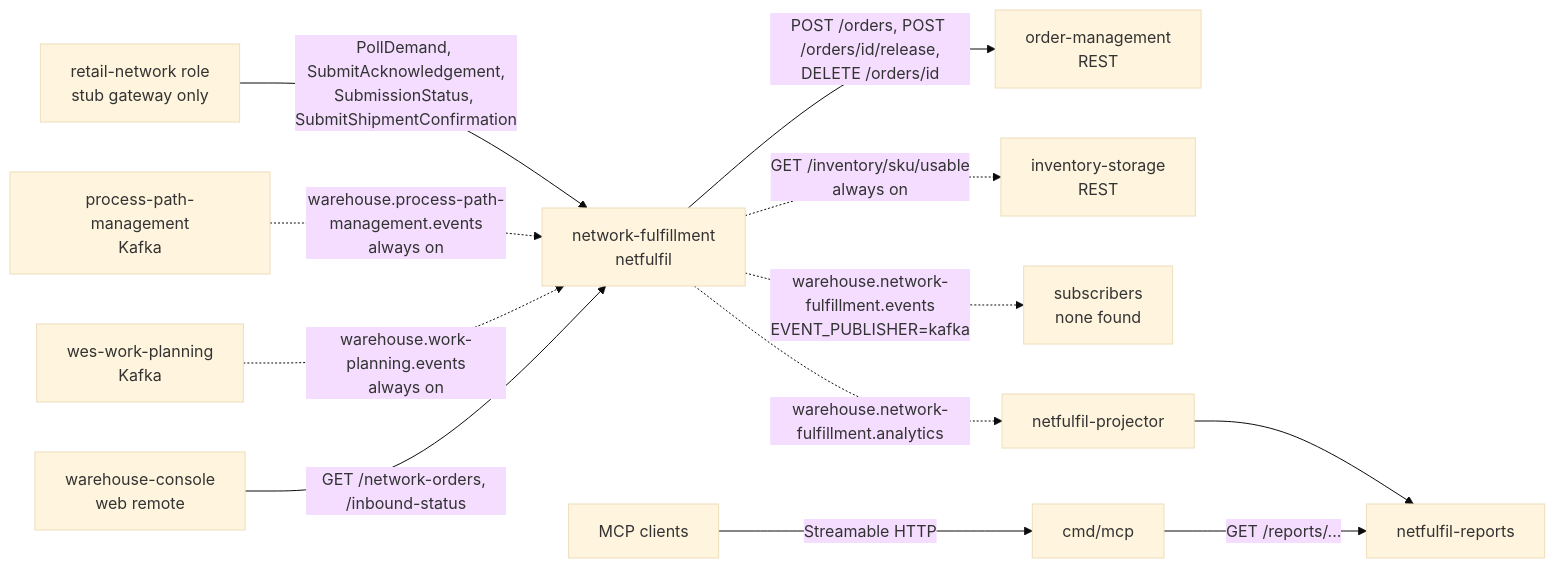
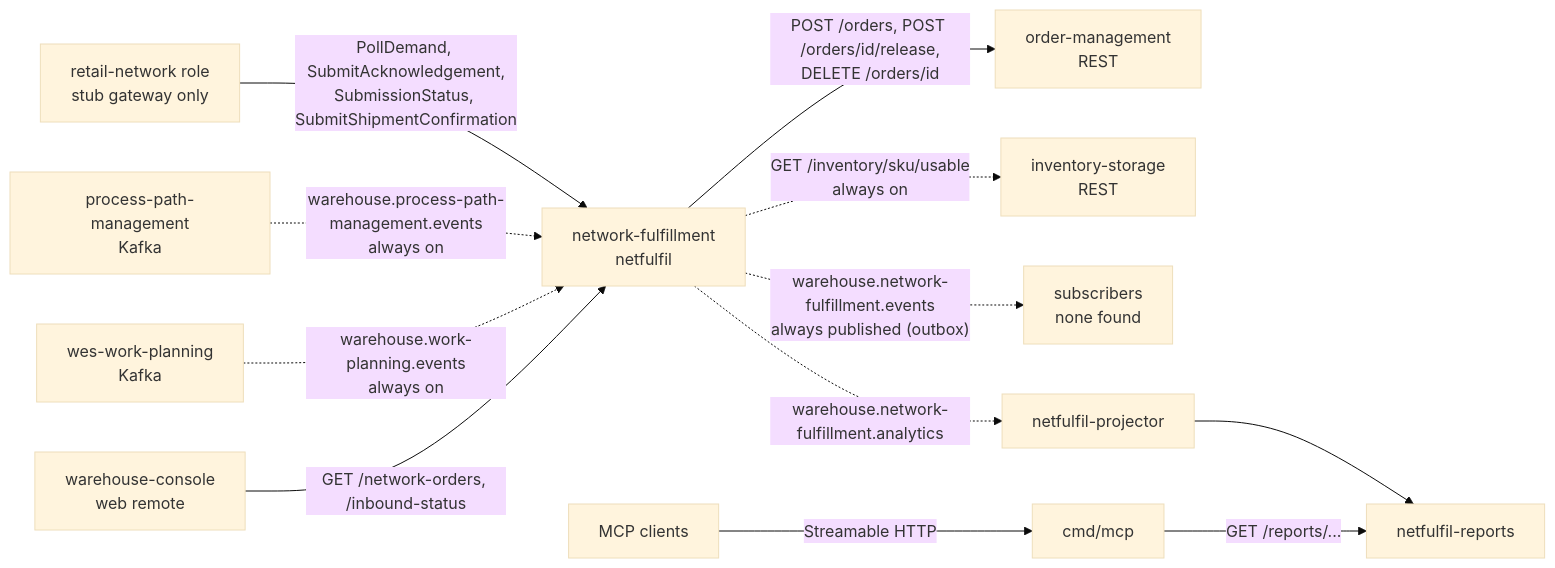
The diagram in docs/ecosystem/integration.md (IQVO/network-fulfillment), drawn with Mermaid (base theme) before and after one commit. The commit also changed other lines of this file and 2 other files, not shown here.

Commit message:
docs: events are always published through the outbox relay, not behind EVENT_PUBLISHER=kafka

````diff
--- a/docs/ecosystem/integration.md
+++ b/docs/ecosystem/integration.md
@@ -18,27 +18,27 @@
 ```mermaid
 flowchart LR
     RN["retail-network role<br/>stub gateway only"]
     OM["order-management<br/>REST"]
     INV["inventory-storage<br/>REST"]
     PPM["process-path-management<br/>Kafka"]
     WWP["wes-work-planning<br/>Kafka"]
     NF["network-fulfillment<br/>netfulfil"]
     MCP["cmd/mcp"]
     PROJ["netfulfil-projector"]
     REP["netfulfil-reports"]
     CON["warehouse-console<br/>web remote"]
     AGT["MCP clients"]
     SUB["subscribers<br/>none found"]
 
     RN -->|"PollDemand, SubmitAcknowledgement,<br/>SubmissionStatus, SubmitShipmentConfirmation"| NF
     NF -->|"POST /orders, POST /orders/id/release,<br/>DELETE /orders/id"| OM
     NF -.->|"GET /inventory/sku/usable<br/>always on"| INV
     PPM -.->|"warehouse.process-path-management.events<br/>always on"| NF
     WWP -.->|"warehouse.work-planning.events<br/>always on"| NF
-    NF -.->|"warehouse.network-fulfillment.events<br/>EVENT_PUBLISHER=kafka"| SUB
+    NF -.->|"warehouse.network-fulfillment.events<br/>always published (outbox)"| SUB
     NF -.->|"warehouse.network-fulfillment.analytics"| PROJ
     PROJ --> REP
     CON -->|"GET /network-orders, /inbound-status"| NF
     AGT -->|"Streamable HTTP"| MCP
     MCP -->|"GET /reports/..."| REP
 ```
````
